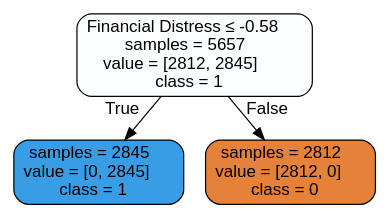
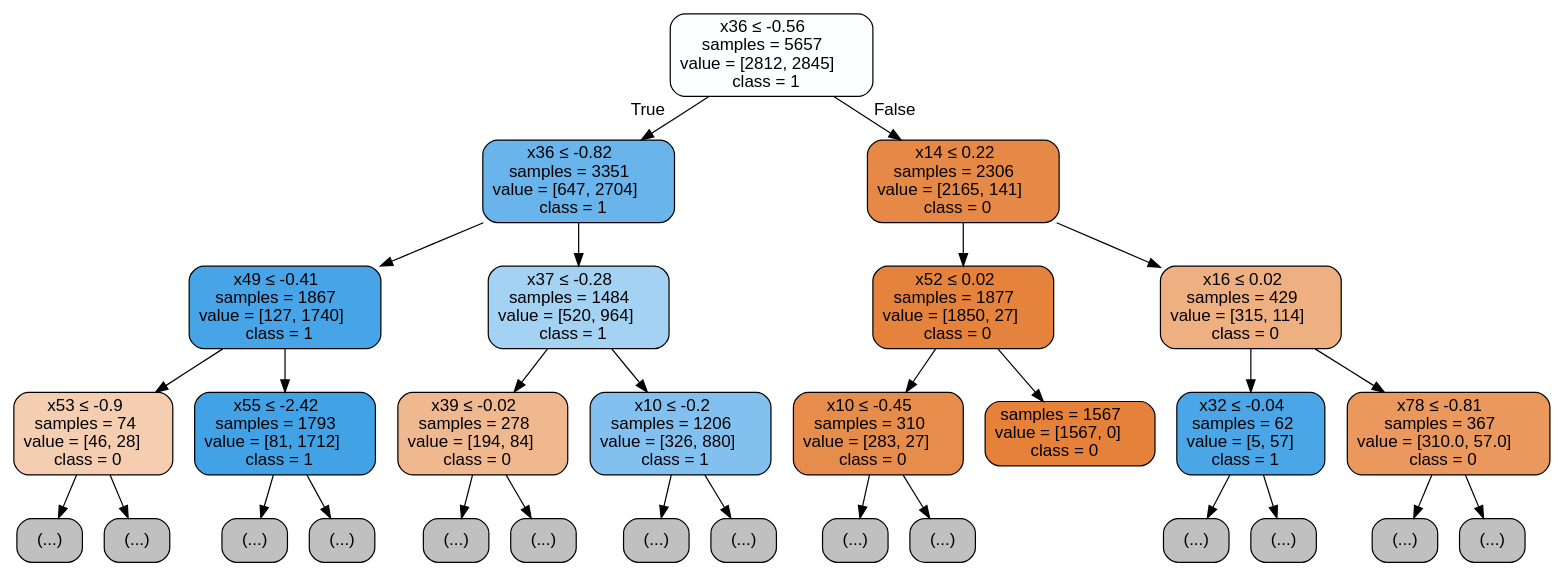
Before and after one commit to jaimevidex/DataScience: the diagram in Classification/Images/Decision Tree/class_financial_distress_dt_accuracy_best_tree.dot, drawn with Graphviz. The commit also changed 8 other files, not shown here.

```diff
--- a/Classification/Images/Decision Tree/class_financial_distress_dt_accuracy_best_tree.dot
+++ b/Classification/Images/Decision Tree/class_financial_distress_dt_accuracy_best_tree.dot
@@ -1,9 +1,61 @@
 digraph Tree {
 node [shape=box, style="filled, rounded", color="black", fontname="helvetica"] ;
 edge [fontname="helvetica"] ;
-0 [label=<Financial Distress &le; -0.58<br/>samples = 5657<br/>value = [2812, 2845]<br/>class = 1>, fillcolor="#fdfeff"] ;
-1 [label=<samples = 2845<br/>value = [0, 2845]<br/>class = 1>, fillcolor="#399de5"] ;
+0 [label=<x36 &le; -0.56<br/>samples = 5657<br/>value = [2812, 2845]<br/>class = 1>, fillcolor="#fdfeff"] ;
+1 [label=<x36 &le; -0.82<br/>samples = 3351<br/>value = [647, 2704]<br/>class = 1>, fillcolor="#68b4eb"] ;
 0 -> 1 [labeldistance=2.5, labelangle=45, headlabel="True"] ;
-2 [label=<samples = 2812<br/>value = [2812, 0]<br/>class = 0>, fillcolor="#e58139"] ;
-0 -> 2 [labeldistance=2.5, labelangle=-45, headlabel="False"] ;
+2 [label=<x49 &le; -0.41<br/>samples = 1867<br/>value = [127, 1740]<br/>class = 1>, fillcolor="#47a4e7"] ;
+1 -> 2 ;
+3 [label=<x53 &le; -0.9<br/>samples = 74<br/>value = [46, 28]<br/>class = 0>, fillcolor="#f5ceb2"] ;
+2 -> 3 ;
+4 [label="(...)", fillcolor="#C0C0C0"] ;
+3 -> 4 ;
+9 [label="(...)", fillcolor="#C0C0C0"] ;
+3 -> 9 ;
+10 [label=<x55 &le; -2.42<br/>samples = 1793<br/>value = [81, 1712]<br/>class = 1>, fillcolor="#42a2e6"] ;
+2 -> 10 ;
+11 [label="(...)", fillcolor="#C0C0C0"] ;
+10 -> 11 ;
+58 [label="(...)", fillcolor="#C0C0C0"] ;
+10 -> 58 ;
+73 [label=<x37 &le; -0.28<br/>samples = 1484<br/>value = [520, 964]<br/>class = 1>, fillcolor="#a4d2f3"] ;
+1 -> 73 ;
+74 [label=<x39 &le; -0.02<br/>samples = 278<br/>value = [194, 84]<br/>class = 0>, fillcolor="#f0b88f"] ;
+73 -> 74 ;
+75 [label="(...)", fillcolor="#C0C0C0"] ;
+74 -> 75 ;
+90 [label="(...)", fillcolor="#C0C0C0"] ;
+74 -> 90 ;
+91 [label=<x10 &le; -0.2<br/>samples = 1206<br/>value = [326, 880]<br/>class = 1>, fillcolor="#82c1ef"] ;
+73 -> 91 ;
+92 [label="(...)", fillcolor="#C0C0C0"] ;
+91 -> 92 ;
+209 [label="(...)", fillcolor="#C0C0C0"] ;
+91 -> 209 ;
+210 [label=<x14 &le; 0.22<br/>samples = 2306<br/>value = [2165, 141]<br/>class = 0>, fillcolor="#e78946"] ;
+0 -> 210 [labeldistance=2.5, labelangle=-45, headlabel="False"] ;
+211 [label=<x52 &le; 0.02<br/>samples = 1877<br/>value = [1850, 27]<br/>class = 0>, fillcolor="#e5833c"] ;
+210 -> 211 ;
+212 [label=<x10 &le; -0.45<br/>samples = 310<br/>value = [283, 27]<br/>class = 0>, fillcolor="#e78d4c"] ;
+211 -> 212 ;
+213 [label="(...)", fillcolor="#C0C0C0"] ;
+212 -> 213 ;
+222 [label="(...)", fillcolor="#C0C0C0"] ;
+212 -> 222 ;
+223 [label=<samples = 1567<br/>value = [1567, 0]<br/>class = 0>, fillcolor="#e58139"] ;
+211 -> 223 ;
+224 [label=<x16 &le; 0.02<br/>samples = 429<br/>value = [315, 114]<br/>class = 0>, fillcolor="#eeaf81"] ;
+210 -> 224 ;
+225 [label=<x32 &le; -0.04<br/>samples = 62<br/>value = [5, 57]<br/>class = 1>, fillcolor="#4aa6e7"] ;
+224 -> 225 ;
+226 [label="(...)", fillcolor="#C0C0C0"] ;
+225 -> 226 ;
+227 [label="(...)", fillcolor="#C0C0C0"] ;
+225 -> 227 ;
+228 [label=<x78 &le; -0.81<br/>samples = 367<br/>value = [310.0, 57.0]<br/>class = 0>, fillcolor="#ea985d"] ;
+224 -> 228 ;
+229 [label="(...)", fillcolor="#C0C0C0"] ;
+228 -> 229 ;
+242 [label="(...)", fillcolor="#C0C0C0"] ;
+228 -> 242 ;
 }
```
